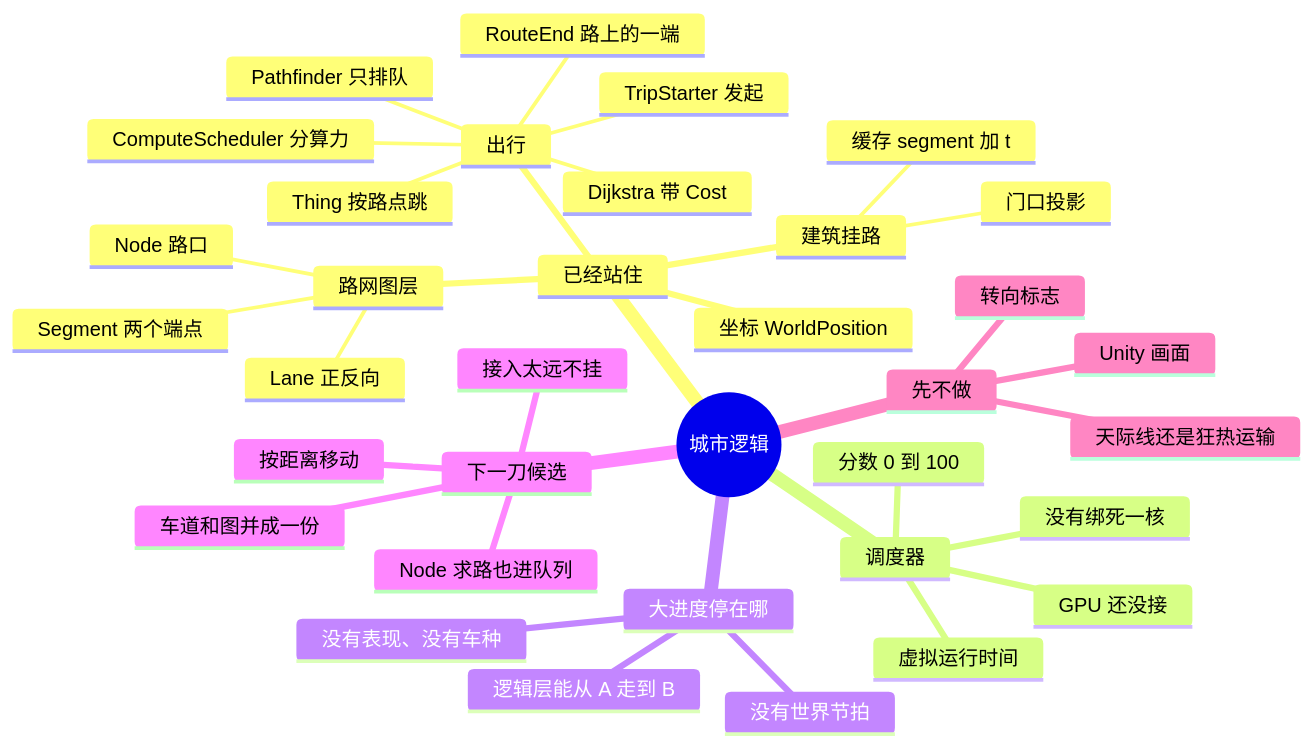
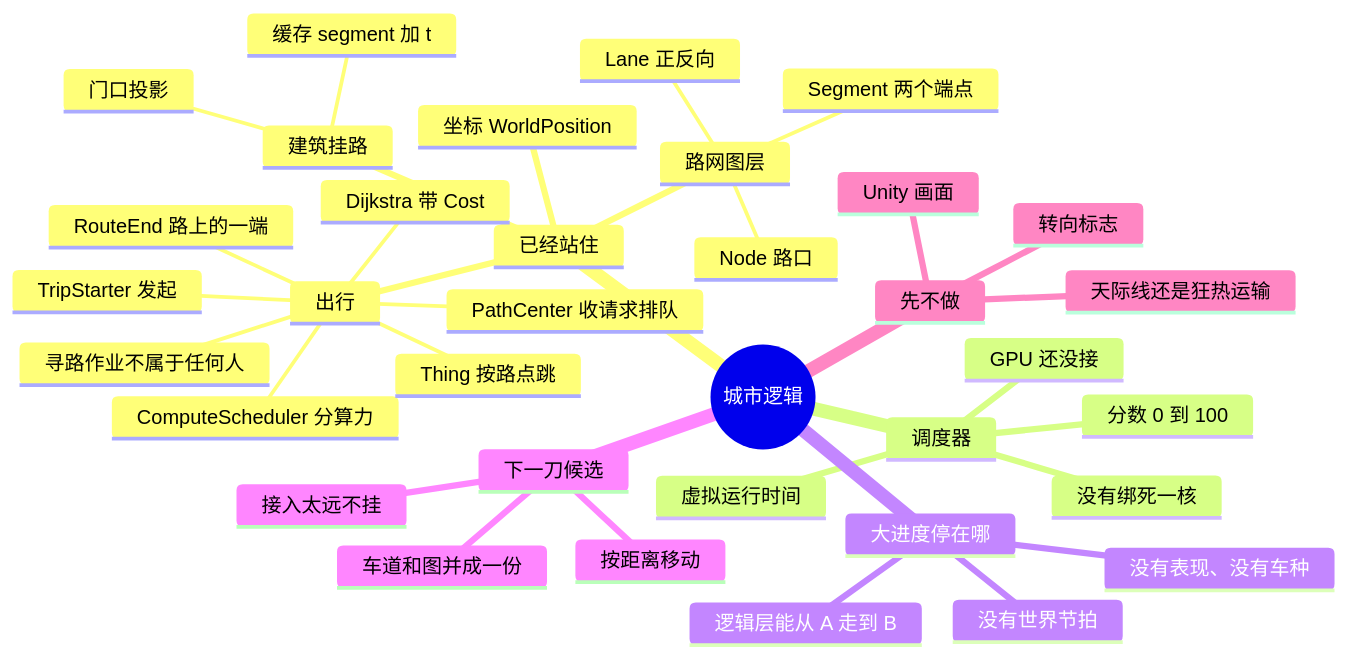
One commit to SANJIUwei/CitySimLab changed the diagram in docs/路网思维导图.md. Above: the diagram before and after it, drawn with Mermaid. The commit also changed other lines of this file and 9 other files, not shown here.

Commit message:
docs: update architecture, pipeline, problems, roadmap, session recap after PathCenter split

````diff
--- a/docs/路网思维导图.md
+++ b/docs/路网思维导图.md
@@ -5,38 +5,38 @@
 ```mermaid
 mindmap
   root((城市逻辑))
     已经站住
       坐标 WorldPosition
       路网图层
         Node 路口
         Segment 两个端点
         Lane 正反向
       建筑挂路
         门口投影
         缓存 segment 加 t
       出行
         RouteEnd 路上的一端
         TripStarter 发起
-        Pathfinder 只排队
+        PathCenter 收请求排队
+        寻路作业不属于任何人
         ComputeScheduler 分算力
         Dijkstra 带 Cost
         Thing 按路点跳
     调度器
       分数 0 到 100
       虚拟运行时间
       没有绑死一核
       GPU 还没接
     大进度停在哪
       逻辑层能从 A 走到 B
       没有表现、没有车种
       没有世界节拍
     下一刀候选
       接入太远不挂
       车道和图并成一份
       按距离移动
-      Node 求路也进队列
     先不做
       转向标志
       天际线还是狂热运输
       Unity 画面
 ```
````
